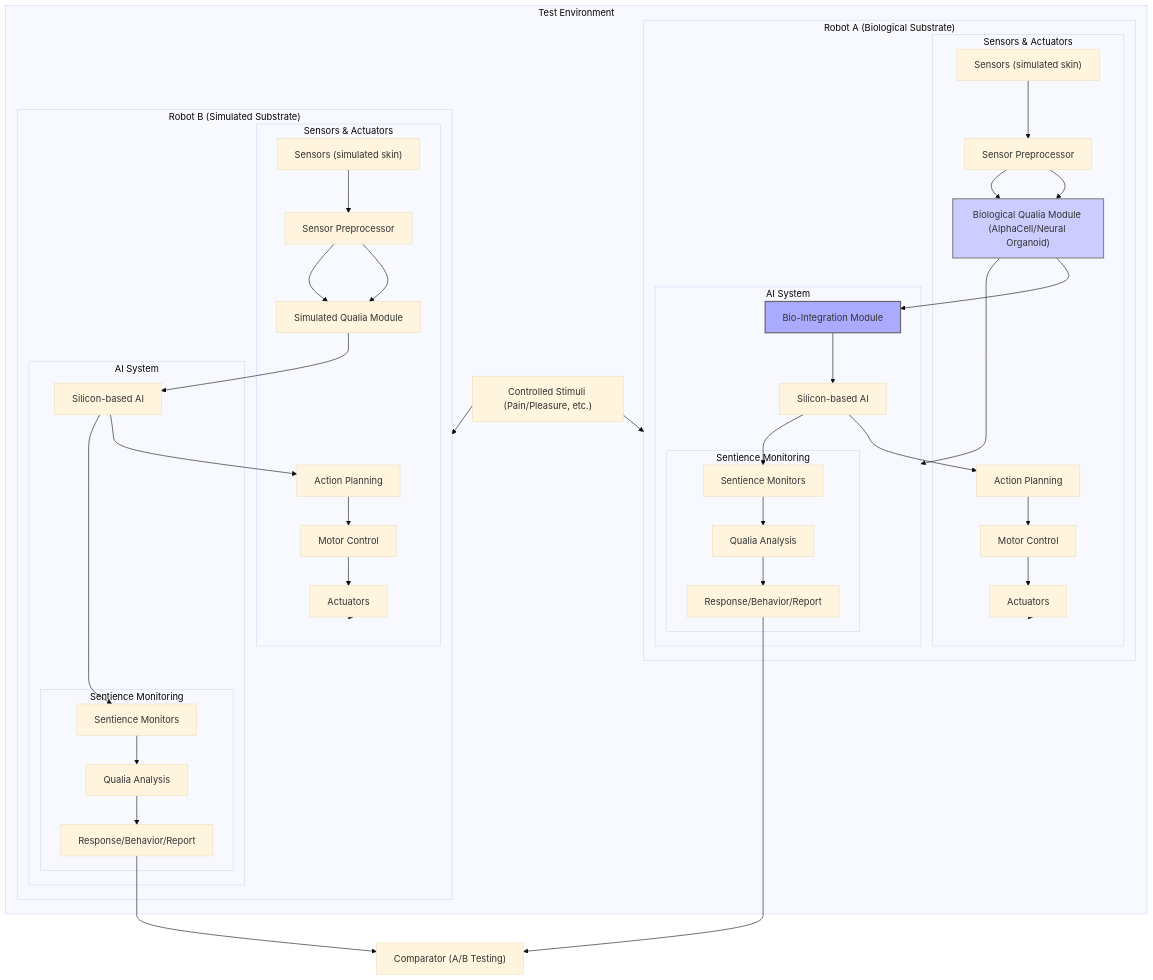
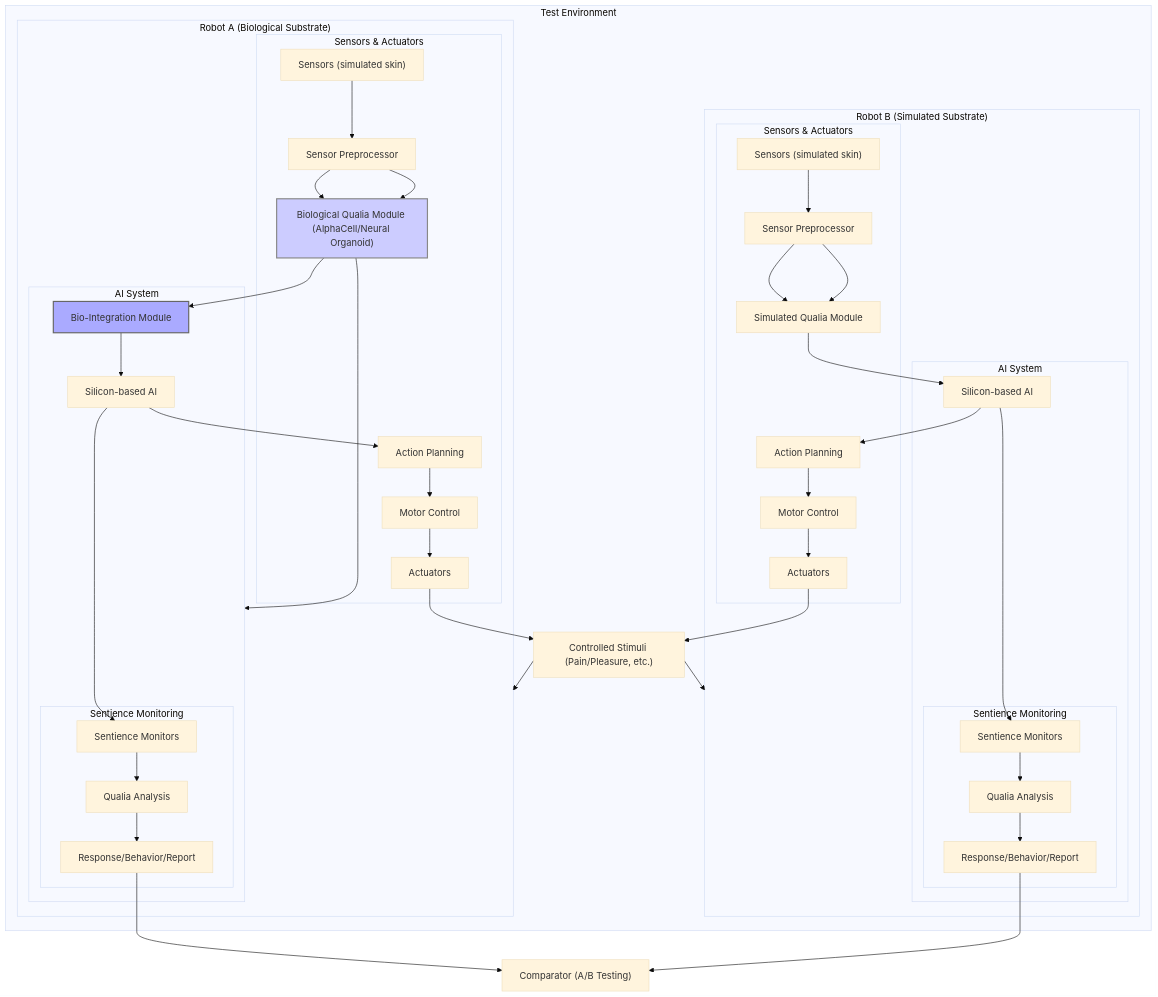
One commit to nshkrdotcom/diagram_experiments changed the diagram in 6-two_robot_test2.mermaid. Above: the diagram before and after it, drawn with Mermaid (base theme). The commit also changed 1 other file, not shown here.

```diff
--- a/6-two_robot_test2.mermaid
+++ b/6-two_robot_test2.mermaid
@@ -1,61 +1,61 @@
 graph 
     subgraph Environment["Test Environment"]
         Stimulus["Controlled Stimuli (Pain/Pleasure, etc.)"] --> RobotA & RobotB
     end
 
     subgraph RobotA["Robot A (Biological Substrate)"]
-        subgraph Sensors_Actuators["Sensors & Actuators"]
+        subgraph Sensors_ActuatorsA["Sensors & Actuators"]
             SensorsA["Sensors (simulated skin)"] --> PreprocessorA["Sensor Preprocessor"]
             PreprocessorA --> QualiaModuleA
              MotorControlA["Motor Control"] --> ActuatorsA["Actuators"]
 
              ActionPlanningA --> MotorControlA
         end
         
 
         subgraph AI_A["AI System"]
             AISiliconA["Silicon-based AI"]
             QualiaModuleA["Biological Qualia Module (AlphaCell/Neural Organoid)"] --> BioIntegratorA["Bio-Integration Module"]
             BioIntegratorA --> AISiliconA
             AISiliconA --> ActionPlanningA["Action Planning"]
 
             subgraph Sentience_Monitoring_A["Sentience Monitoring"]
                 SMA["Sentience Monitors"] --> SQA["Qualia Analysis"]
                 SQA --> OutputA["Response/Behavior/Report"]
             end
             AISiliconA --> SMA
         end
           PreprocessorA --> QualiaModuleA
           QualiaModuleA --> AI_A
     end
 
 
     subgraph RobotB["Robot B (Simulated Substrate)"]
          subgraph Sensors_ActuatorsB["Sensors & Actuators"]
             SensorsB["Sensors (simulated skin)"] --> PreprocessorB["Sensor Preprocessor"]
              PreprocessorB --> QualiaModuleB
             ActionPlanningB --> MotorControlB["Motor Control"]
              MotorControlB --> ActuatorsB["Actuators"]
 
         end
 
         subgraph AI_B["AI System"]
             AISiliconB["Silicon-based AI"]
            QualiaModuleB["Simulated Qualia Module"] -->  AISiliconB
             AISiliconB --> ActionPlanningB["Action Planning"]
 
             subgraph Sentience_Monitoring_B["Sentience Monitoring"]
                 SMB["Sentience Monitors"] --> SQB["Qualia Analysis"]
                 SQB --> OutputB["Response/Behavior/Report"]
             end
                 AISiliconB --> SMB
         end
         PreprocessorB --> QualiaModuleB
 
     end
-    ActuatorsA --> Environment
-    ActuatorsB --> Environment
+    ActuatorsA --> Stimulus
+    ActuatorsB --> Stimulus
     OutputA & OutputB --> Comparator["Comparator (A/B Testing)"]
 
     style QualiaModuleA fill:#ccf,stroke:#888,stroke-width:2px
     style BioIntegratorA fill:#aaf,stroke:#666,stroke-width:2px
```
